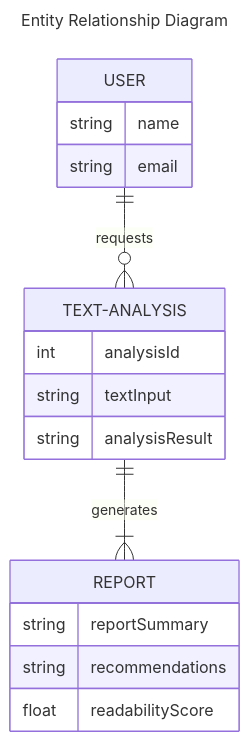
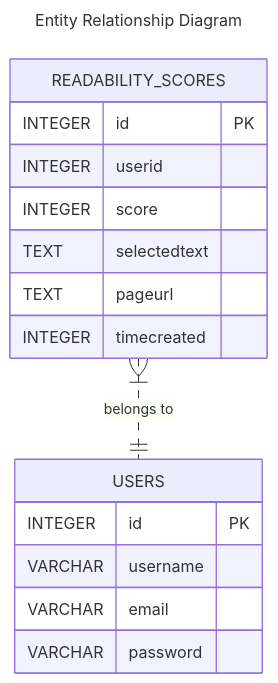
The fourth of 7 diagrams in README.md (anrichp/Computing-Project-2024), drawn with Mermaid before and after one commit.

Commit message:
update the ERD diagram to align with the app

````diff
--- a/README.md
+++ b/README.md
@@ -165,22 +165,24 @@
 ```mermaid
 ---
 title: Entity Relationship Diagram
 ---
 erDiagram
-    USER ||--o{ TEXT-ANALYSIS : requests
-    USER {
-        string name
-        string email
+    READABILITY_SCORES {
+        INTEGER id PK
+        INTEGER userid
+        INTEGER score
+        TEXT selectedtext
+        TEXT pageurl
+        INTEGER timecreated
     }
-    TEXT-ANALYSIS ||--|{ REPORT : generates
-    TEXT-ANALYSIS {
-        int analysisId
-        string textInput
-        string analysisResult
+
+    USERS {
+        INTEGER id PK
+        VARCHAR username
+        VARCHAR email
+        VARCHAR password
     }
-    REPORT {
-        string reportSummary
-        string recommendations
-        float readabilityScore
-    }
+
+    READABILITY_SCORES }|..|| USERS : "belongs to"
+
 ```
````
